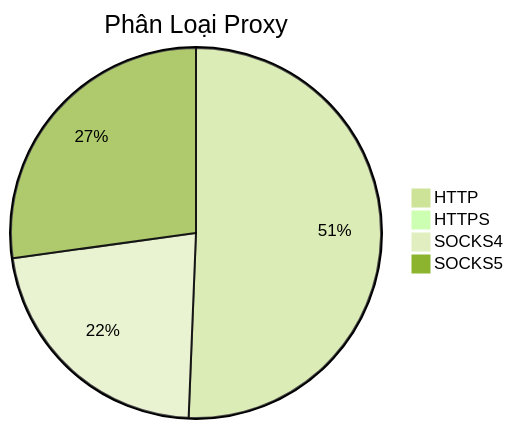
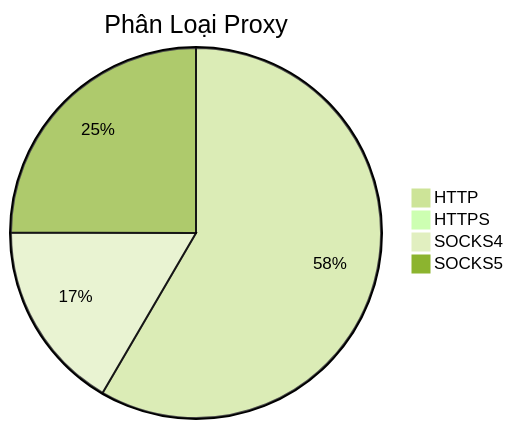
Before and after one commit to Ciara-12/PROXY-free: the diagram in README.md, drawn with Mermaid (forest theme). The commit also changed other lines of this file and 4 other files, not shown here.

````diff
--- a/README.md
+++ b/README.md
@@ -26,7 +26,7 @@
 ```mermaid
 pie title Phân Loại Proxy
-    "HTTP" : 639
-    "HTTPS" : 2
-    "SOCKS4" : 280
-    "SOCKS5" : 343
+    "HTTP" : 781
+    "HTTPS" : 1
+    "SOCKS4" : 222
+    "SOCKS5" : 334
 ```
````
